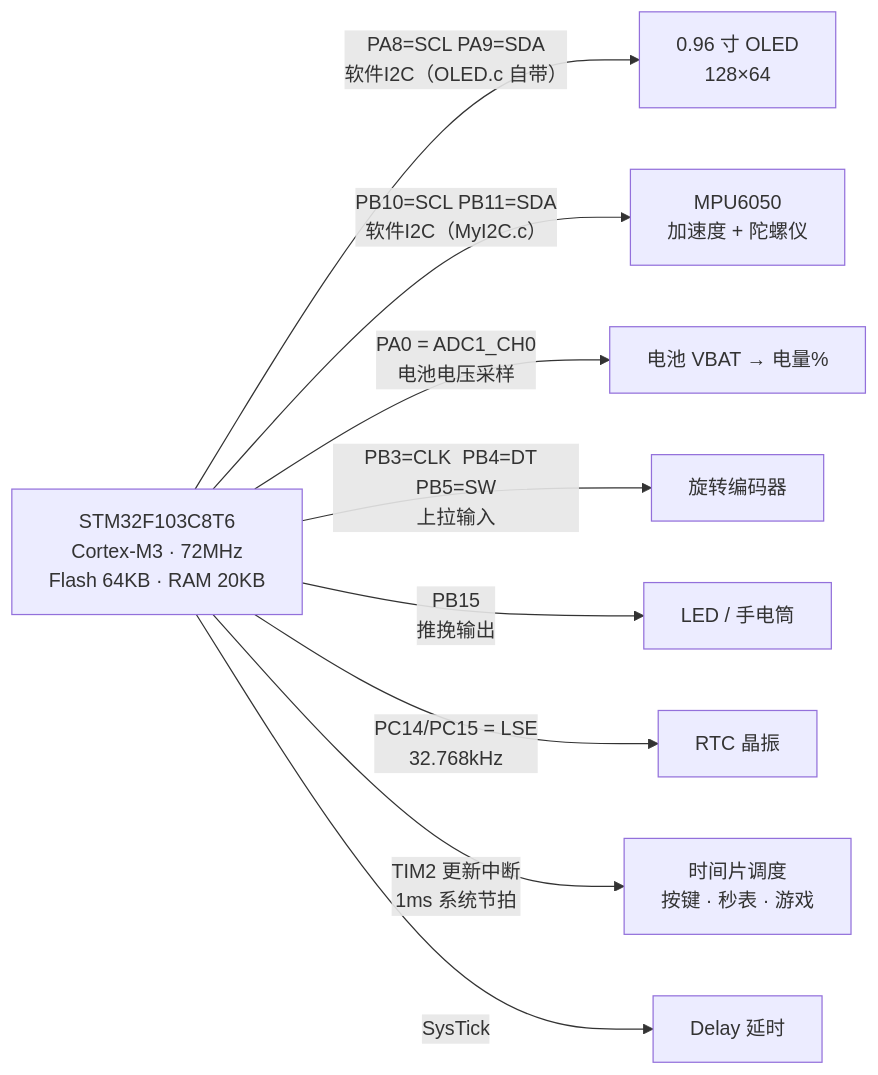
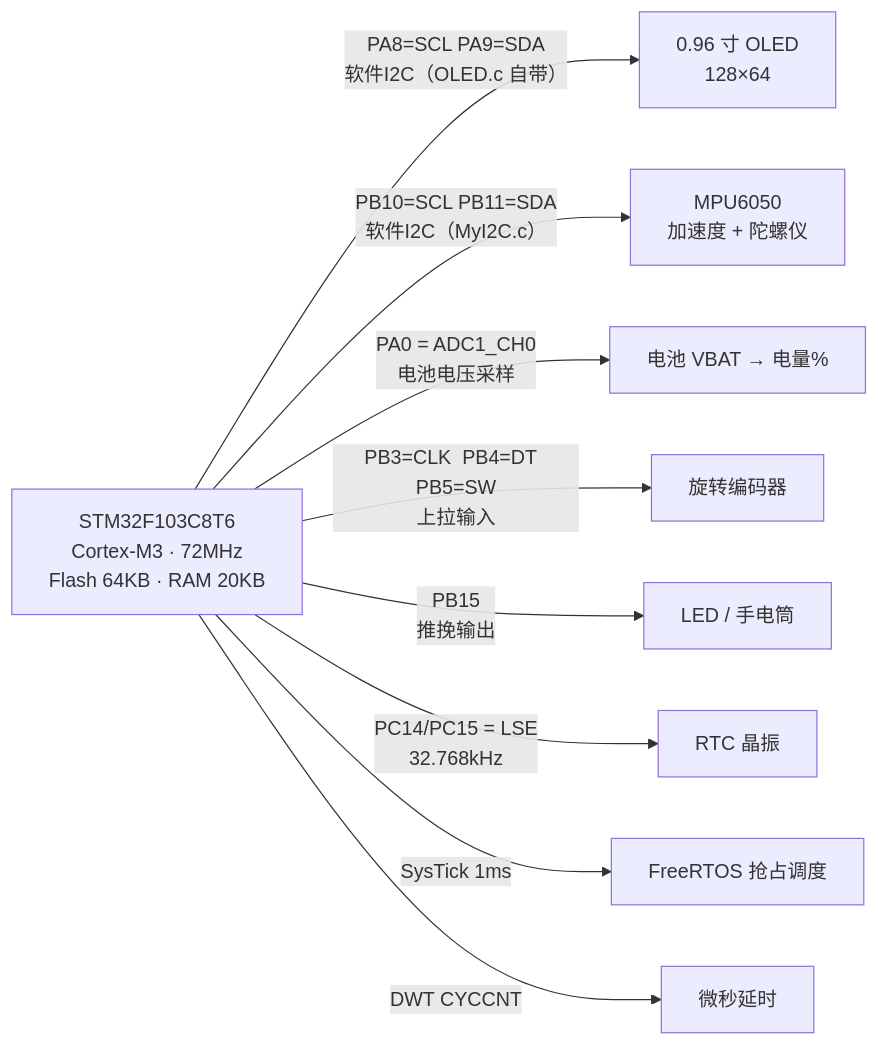
The second of 2 diagrams in ARCHITECTURE.md (Ghdhdhhake/WatchTEST), drawn with Mermaid before and after one commit. The commit also changed other lines of this file and 95 other files, not shown here.

Commit message:
add FreeRTOS

````diff
--- a/ARCHITECTURE.md
+++ b/ARCHITECTURE.md
@@ -131,13 +139,13 @@
 ```mermaid
 flowchart LR
     MCU["STM32F103C8T6<br/>Cortex-M3 · 72MHz<br/>Flash 64KB · RAM 20KB"]
 
     MCU -->|"PA8=SCL  PA9=SDA<br/>软件I2C（OLED.c 自带）"| O1["0.96 寸 OLED<br/>128×64"]
     MCU -->|"PB10=SCL  PB11=SDA<br/>软件I2C（MyI2C.c）"| O2["MPU6050<br/>加速度 + 陀螺仪"]
     MCU -->|"PA0 = ADC1_CH0<br/>电池电压采样"| O3["电池 VBAT → 电量%"]
     MCU -->|"PB3=CLK  PB4=DT  PB5=SW<br/>上拉输入"| O4["旋转编码器"]
     MCU -->|"PB15<br/>推挽输出"| O5["LED / 手电筒"]
     MCU -->|"PC14/PC15 = LSE<br/>32.768kHz"| O6["RTC 晶振"]
-    MCU -->|"TIM2 更新中断<br/>1ms 系统节拍"| O7["时间片调度<br/>按键 · 秒表 · 游戏"]
-    MCU -->|"SysTick"| O8["Delay 延时"]
+    MCU -->|"SysTick 1ms"| O7["FreeRTOS 抢占调度"]
+    MCU -->|"DWT CYCCNT"| O8["微秒延时"]
 ```
````
